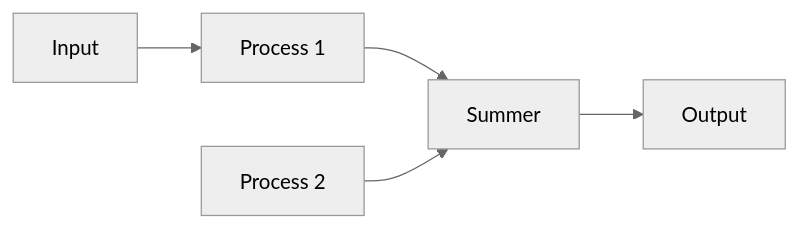
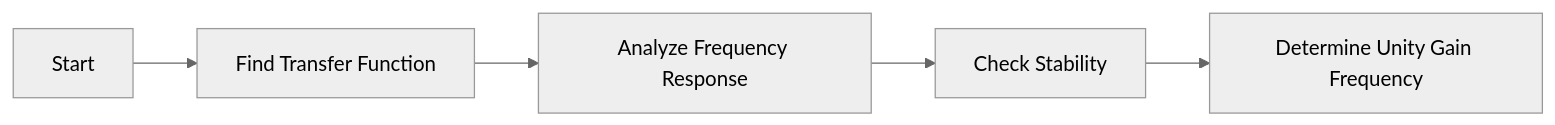
One commit to imxade/dontCompete changed the diagram in frontend/public/assets/gate/ee/control/transfer-function.md. Above: the diagram before and after it, drawn with Mermaid (neutral theme). The commit also changed other lines of this file and 4395 other files, not shown here.

````diff
--- a/frontend/public/assets/gate/ee/control/transfer-function.md
+++ b/frontend/public/assets/gate/ee/control/transfer-function.md
@@ -76,7 +110,7 @@
 ```mermaid
 graph LR
-A[Input] --> B[Process 1]
-B --> C[Summer]
-D[Process 2] --> C
-C --> E[Output]
+    A[Start] --> B[Find Transfer Function]
+    B --> C[Analyze Frequency Response]
+    C --> D[Check Stability]
+    D --> E[Determine Unity Gain Frequency]
 ```
````
